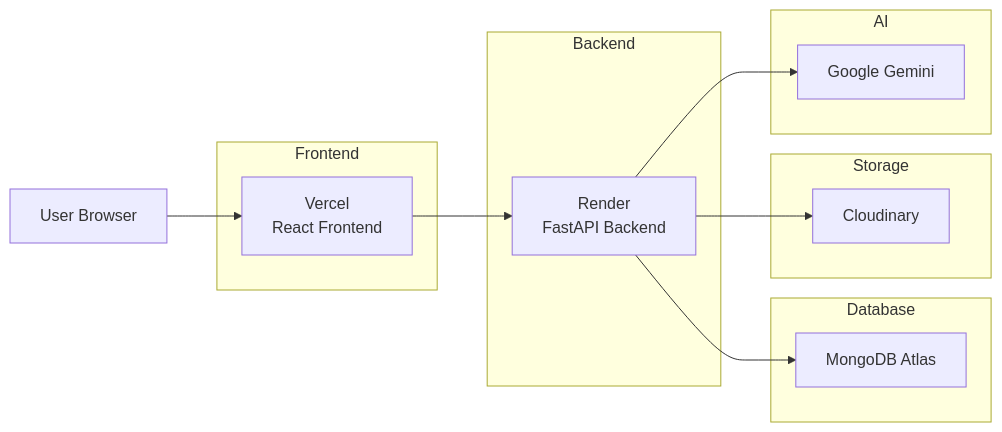
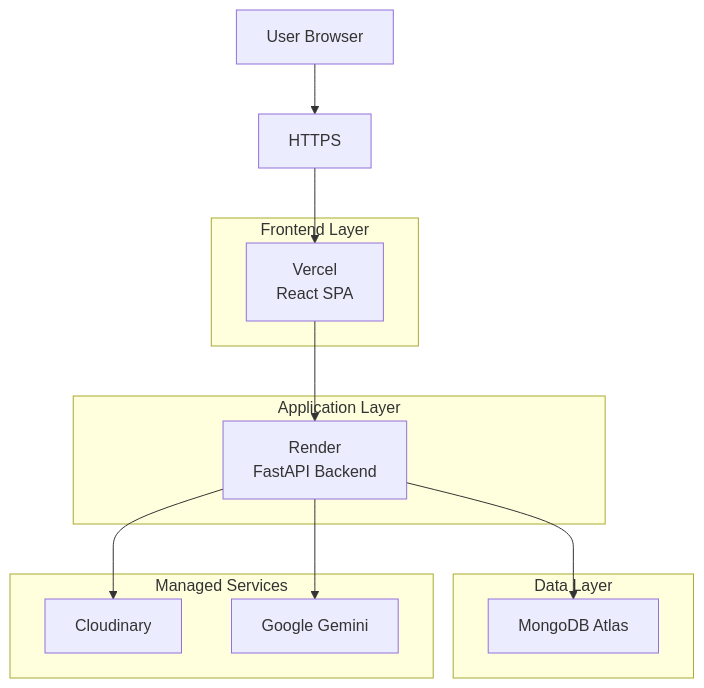
The sixth of 10 diagrams in docs/01_ARCHITECTURE.md (anandsagar101/placementhub), drawn with Mermaid before and after one commit. The commit also changed other lines of this file, not shown here.

Commit message:
docs(architecture): finalize enterprise system architecture

````diff
--- a/docs/01_ARCHITECTURE.md
+++ b/docs/01_ARCHITECTURE.md
@@ -342,37 +414,36 @@
 ```mermaid
-flowchart LR
+flowchart TB
 
 User["User Browser"]
 
-subgraph Frontend
-Vercel["Vercel
-React Frontend"]
+Internet["HTTPS"]
+
+subgraph Frontend["Frontend Layer"]
+    Vercel["Vercel<br/>React SPA"]
 end
 
-subgraph Backend
-Render["Render
-FastAPI Backend"]
+subgraph Backend["Application Layer"]
+    Render["Render<br/>FastAPI Backend"]
 end
 
-subgraph Database
-Mongo["MongoDB Atlas"]
+subgraph Data["Data Layer"]
+    Mongo["MongoDB Atlas"]
 end
 
-subgraph Storage
-Cloudinary["Cloudinary"]
+subgraph Services["Managed Services"]
+    Cloudinary["Cloudinary"]
+    Gemini["Google Gemini"]
 end
 
-subgraph AI
-Gemini["Google Gemini"]
-end
+User --> Internet
 
-User --> Vercel
+Internet --> Vercel
 
 Vercel --> Render
 
 Render --> Mongo
 
 Render --> Cloudinary
 
 Render --> Gemini
 ```
````
